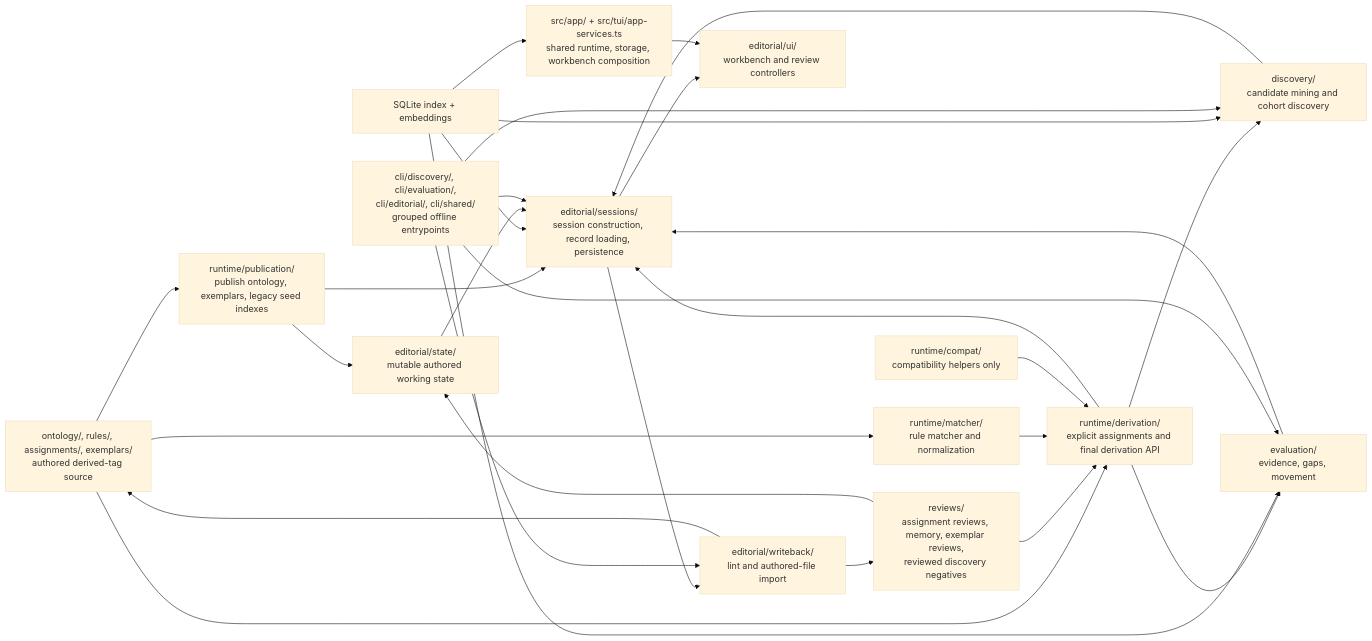
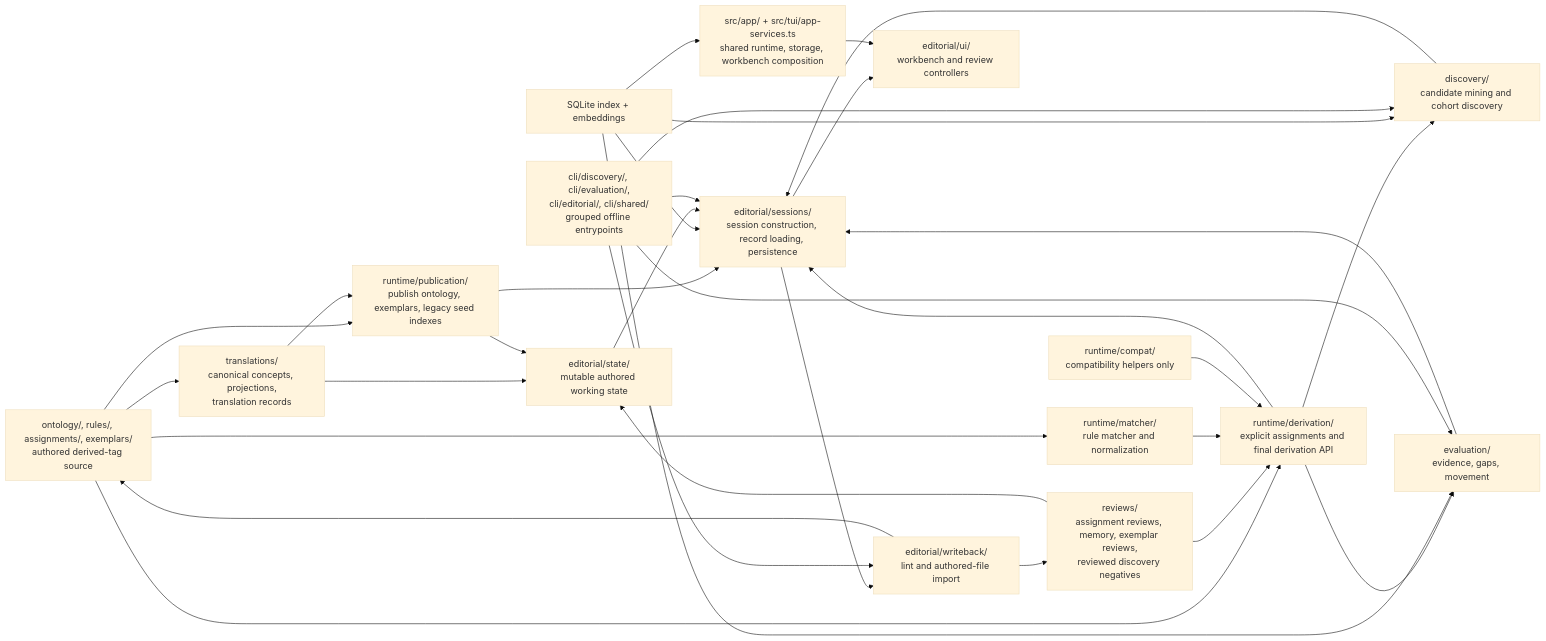
The diagram in docs/architecture/editorial.md (e-kosten/pf2e-atlas), drawn with Mermaid (base theme) before and after one commit. The commit also changed other lines of this file and 21 other files, not shown here.

````diff
--- a/docs/architecture/editorial.md
+++ b/docs/architecture/editorial.md
@@ -27,51 +28,55 @@
 ```mermaid
 flowchart LR
   authored["ontology/, rules/, assignments/, exemplars/<br/>authored derived-tag source"]
+  translations["translations/<br/>canonical concepts, projections,<br/>translation records"]
   reviews["reviews/<br/>assignment reviews, memory, exemplar reviews,<br/>reviewed discovery negatives"]
   runtimePub["runtime/publication/<br/>publish ontology, exemplars, legacy seed indexes"]
   runtimeDerive["runtime/derivation/<br/>explicit assignments and final derivation API"]
   runtimeMatch["runtime/matcher/<br/>rule matcher and normalization"]
   runtimeCompat["runtime/compat/<br/>compatibility helpers only"]
   discovery["discovery/<br/>candidate mining and cohort discovery"]
   evaluation["evaluation/<br/>evidence, gaps, movement"]
   editorialState["editorial/state/<br/>mutable authored working state"]
   editorialSessions["editorial/sessions/<br/>session construction, record loading, persistence"]
   editorialWriteback["editorial/writeback/<br/>lint and authored-file import"]
   editorialUi["editorial/ui/<br/>workbench and review controllers"]
   cli["cli/discovery/, cli/evaluation/,<br/>cli/editorial/, cli/shared/<br/>grouped offline entrypoints"]
   app["src/app/ + src/tui/app-services.ts<br/>shared runtime, storage, workbench composition"]
   index["SQLite index + embeddings"]
 
+  authored --> translations
   authored --> runtimePub
   authored --> runtimeDerive
   authored --> runtimeMatch
+  translations --> runtimePub
+  translations --> editorialState
   reviews --> runtimeDerive
   reviews --> editorialState
   runtimeMatch --> runtimeDerive
   runtimeCompat --> runtimeDerive
 
   runtimeDerive --> discovery
   runtimeDerive --> evaluation
   runtimeDerive --> editorialSessions
   runtimePub --> editorialState
   runtimePub --> editorialSessions
 
   index --> discovery
   index --> evaluation
   index --> editorialSessions
   index --> app
 
   discovery --> editorialSessions
   evaluation --> editorialSessions
   editorialState --> editorialSessions
   editorialSessions --> editorialWriteback
   editorialSessions --> editorialUi
   editorialWriteback --> authored
   editorialWriteback --> reviews
 
   cli --> discovery
   cli --> evaluation
   cli --> editorialSessions
   cli --> editorialWriteback
   app --> editorialUi
 ```
````
